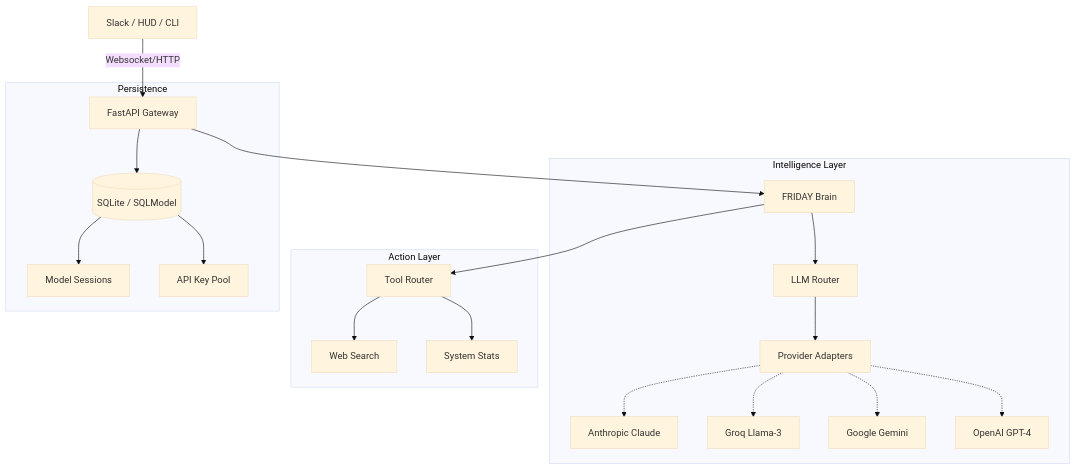
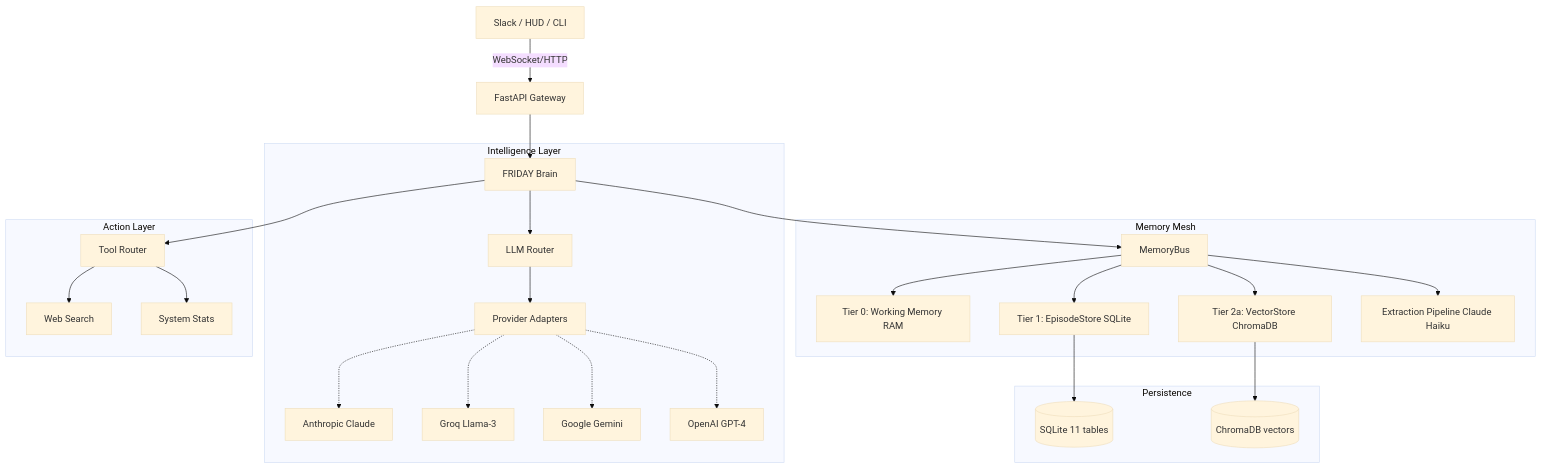
One commit to chaitanya-369/FRIDAY-AGENT changed the diagram in README.md. Above: the diagram before and after it, drawn with Mermaid (base theme). The commit also changed other lines of this file and 21 other files, not shown here.

First line of the commit message:
feat(memory): implement FRIDAY Memory Mesh — Phase A complete

````diff
--- a/README.md
+++ b/README.md
@@ -27,26 +28,33 @@
 ```mermaid
 graph TD
-    Client[Slack / HUD / CLI] -->|Websocket/HTTP| Gateway[FastAPI Gateway]
+    Client[Slack / HUD / CLI] -->|WebSocket/HTTP| Gateway[FastAPI Gateway]
     Gateway --> Brain[FRIDAY Brain]
-    
+
     subgraph "Intelligence Layer"
         Brain --> Router[LLM Router]
         Router --> Adapters[Provider Adapters]
         Adapters -.-> Anthropic[Anthropic Claude]
         Adapters -.-> Groq[Groq Llama-3]
         Adapters -.-> Google[Google Gemini]
         Adapters -.-> OpenAI[OpenAI GPT-4]
     end
-    
+
+    subgraph "Memory Mesh"
+        Brain --> MemoryBus[MemoryBus]
+        MemoryBus --> T0[Tier 0: Working Memory RAM]
+        MemoryBus --> T1[Tier 1: EpisodeStore SQLite]
+        MemoryBus --> T2a[Tier 2a: VectorStore ChromaDB]
+        MemoryBus --> Extract[Extraction Pipeline Claude Haiku]
+    end
+
     subgraph "Action Layer"
         Brain --> Tools[Tool Router]
         Tools --> Search[Web Search]
         Tools --> System[System Stats]
     end
-    
+
     subgraph "Persistence"
-        Gateway --> DB[(SQLite / SQLModel)]
-        DB --> Sessions[Model Sessions]
-        DB --> Keys[API Key Pool]
+        T1 --> DB[(SQLite 11 tables)]
+        T2a --> VDB[(ChromaDB vectors)]
     end
 ```
````
